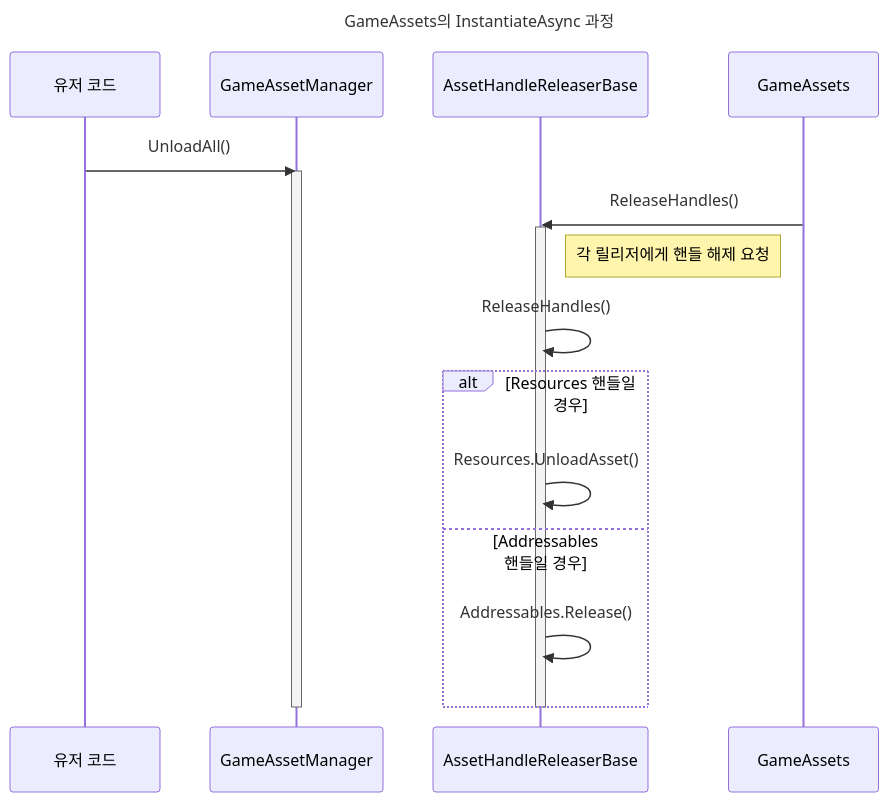
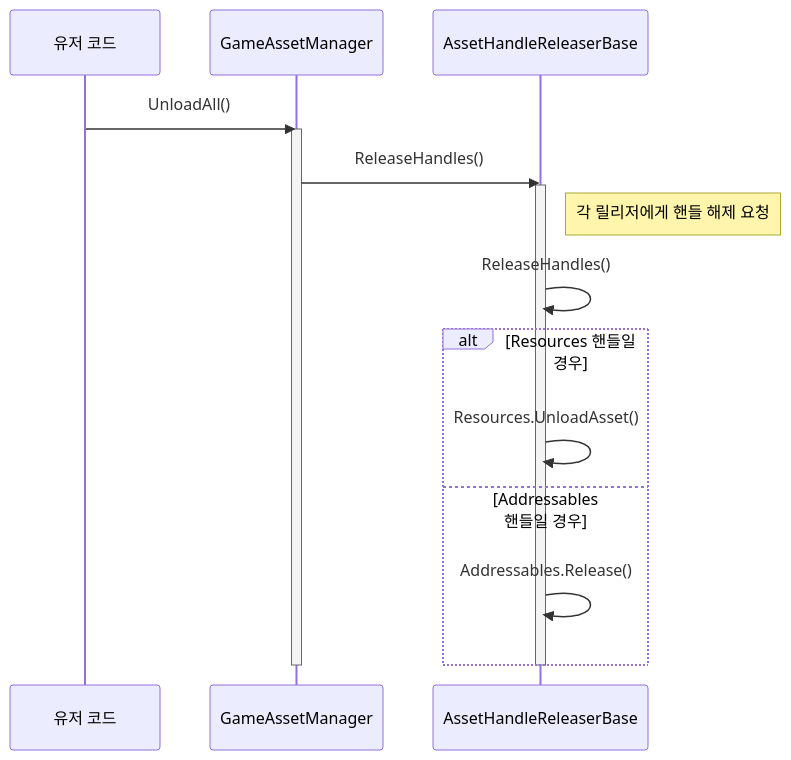
One commit to kosuchoi/ApeFramework changed the second of 3 diagrams in README.md. Above: the diagram before and after it, drawn with Mermaid. The commit also changed other lines of this file, not shown here.

````diff
--- a/README.md
+++ b/README.md
@@ -80,22 +36,20 @@
 ```mermaid
 sequenceDiagram
     participant UserCode as 유저 코드
     participant GameAssetManager
     participant AssetHandleReleaserBase
 
-    title GameAssets의 InstantiateAsync 과정
-
     UserCode->>GameAssetManager: UnloadAll()
     activate GameAssetManager
-    GameAssets->>AssetHandleReleaserBase: ReleaseHandles()
+    GameAssetManager->>AssetHandleReleaserBase: ReleaseHandles()
     activate AssetHandleReleaserBase
     Note right of AssetHandleReleaserBase: 각 릴리저에게 핸들 해제 요청
     AssetHandleReleaserBase->>AssetHandleReleaserBase: ReleaseHandles()
     alt Resources 핸들일 경우
     AssetHandleReleaserBase->>AssetHandleReleaserBase: Resources.UnloadAsset()
     else Addressables 핸들일 경우
     AssetHandleReleaserBase->>AssetHandleReleaserBase: Addressables.Release()
     end
     deactivate GameAssetManager
     deactivate AssetHandleReleaserBase
 ```
````
